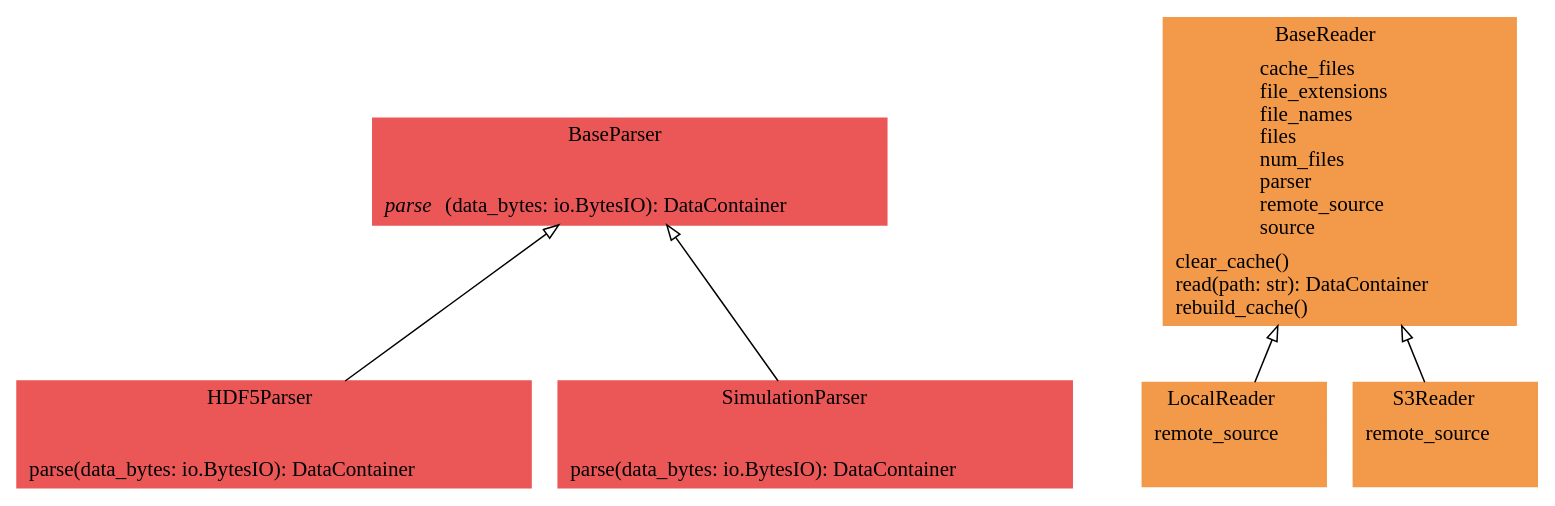
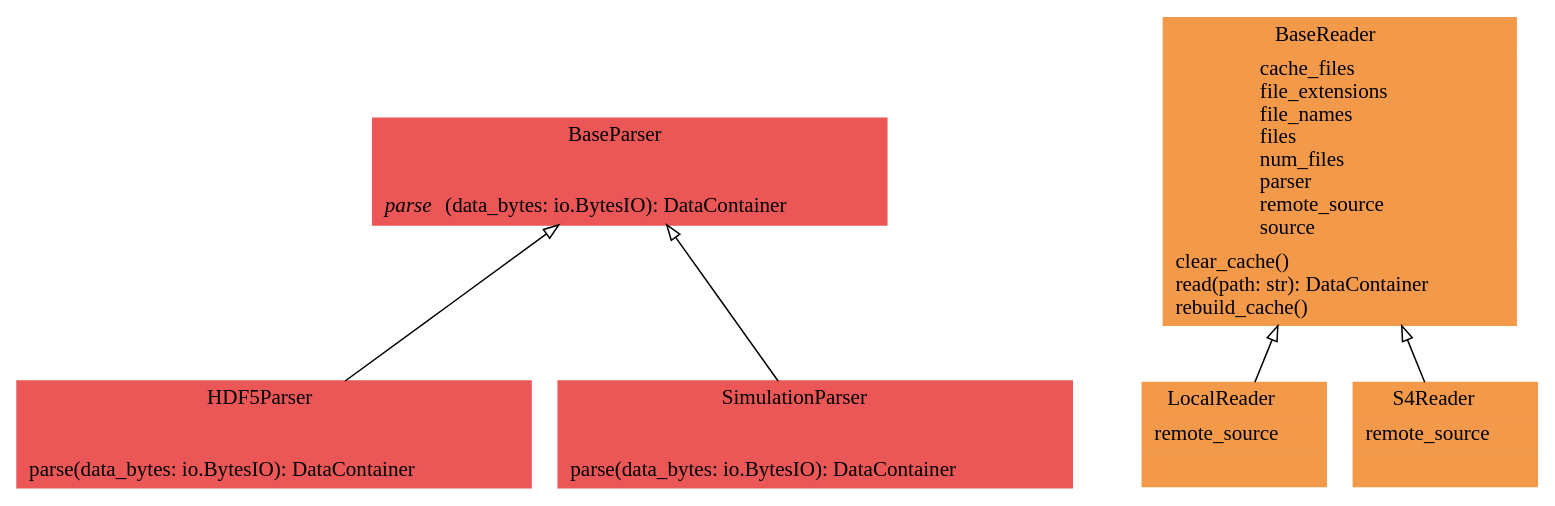
The diagram in docs/pyreverse/graphviz/classes_pythermondt.readers.gv (voidsy-gmbh/pyThermoNDT), drawn with Graphviz before and after one commit. The commit also changed 3 other files, not shown here.

Commit message:
Update pyreverse diagrams

```diff
--- a/docs/pyreverse/graphviz/classes_pythermondt.readers.gv
+++ b/docs/pyreverse/graphviz/classes_pythermondt.readers.gv
@@ -1,14 +1,14 @@
 digraph "classes_pythermondt.readers" {
 rankdir=BT
 charset="utf-8"
 "pythermondt.readers.parsers.base_parser.BaseParser" [color="#EB5757", fontcolor="black", label=<{BaseParser|<br ALIGN="LEFT"/>|<I>parse</I>(data_bytes: io.BytesIO): DataContainer<br ALIGN="LEFT"/>}>, shape="record", style="filled"];
 "pythermondt.readers.base_reader.BaseReader" [color="#F2994A", fontcolor="black", label=<{BaseReader|cache_files<br ALIGN="LEFT"/>file_extensions<br ALIGN="LEFT"/>file_names<br ALIGN="LEFT"/>files<br ALIGN="LEFT"/>num_files<br ALIGN="LEFT"/>parser<br ALIGN="LEFT"/>remote_source<br ALIGN="LEFT"/>source<br ALIGN="LEFT"/>|clear_cache()<br ALIGN="LEFT"/>read(path: str): DataContainer<br ALIGN="LEFT"/>rebuild_cache()<br ALIGN="LEFT"/>}>, shape="record", style="filled"];
 "pythermondt.readers.parsers.hdf5_parser.HDF5Parser" [color="#EB5757", fontcolor="black", label=<{HDF5Parser|<br ALIGN="LEFT"/>|parse(data_bytes: io.BytesIO): DataContainer<br ALIGN="LEFT"/>}>, shape="record", style="filled"];
 "pythermondt.readers.local_reader.LocalReader" [color="#F2994A", fontcolor="black", label=<{LocalReader|remote_source<br ALIGN="LEFT"/>|}>, shape="record", style="filled"];
-"pythermondt.readers.s3_reader.S3Reader" [color="#F2994A", fontcolor="black", label=<{S3Reader|remote_source<br ALIGN="LEFT"/>|}>, shape="record", style="filled"];
+"pythermondt.readers.s3_reader.S4Reader" [color="#F2994A", fontcolor="black", label=<{S4Reader|remote_source<br ALIGN="LEFT"/>|}>, shape="record", style="filled"];
 "pythermondt.readers.parsers.simulation_parser.SimulationParser" [color="#EB5757", fontcolor="black", label=<{SimulationParser|<br ALIGN="LEFT"/>|parse(data_bytes: io.BytesIO): DataContainer<br ALIGN="LEFT"/>}>, shape="record", style="filled"];
 "pythermondt.readers.local_reader.LocalReader" -> "pythermondt.readers.base_reader.BaseReader" [arrowhead="empty", arrowtail="none"];
 "pythermondt.readers.parsers.hdf5_parser.HDF5Parser" -> "pythermondt.readers.parsers.base_parser.BaseParser" [arrowhead="empty", arrowtail="none"];
 "pythermondt.readers.parsers.simulation_parser.SimulationParser" -> "pythermondt.readers.parsers.base_parser.BaseParser" [arrowhead="empty", arrowtail="none"];
-"pythermondt.readers.s3_reader.S3Reader" -> "pythermondt.readers.base_reader.BaseReader" [arrowhead="empty", arrowtail="none"];
+"pythermondt.readers.s3_reader.S4Reader" -> "pythermondt.readers.base_reader.BaseReader" [arrowhead="empty", arrowtail="none"];
 }
```
